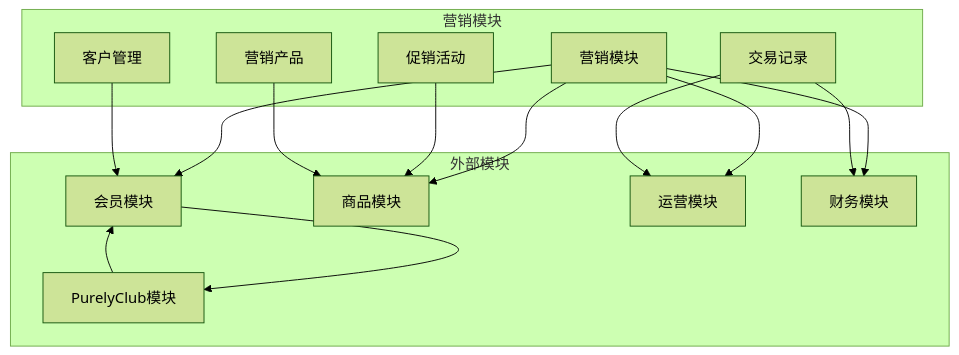
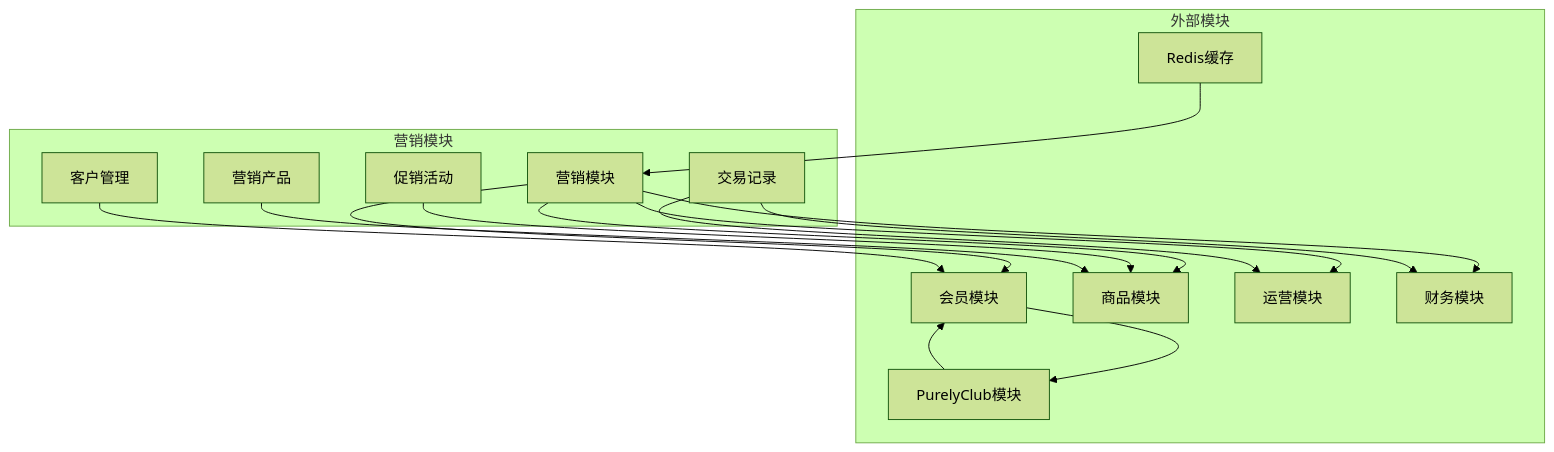
Diagram 27 of 28 in .qoder/repowiki/zh/content/业务模块/营销推广模块/营销推广模块.md (rc558620/purelyprofit-server), drawn with Mermaid (forest theme) before and after one commit. The commit also changed other lines of this file and 65 other files, not shown here.

````diff
--- a/.qoder/repowiki/zh/content/业务模块/营销推广模块/营销推广模块.md
+++ b/.qoder/repowiki/zh/content/业务模块/营销推广模块/营销推广模块.md
@@ -954,28 +1089,30 @@
 ```mermaid
 graph TB
 subgraph "营销模块"
 Marketing["营销模块"]
 Customers["客户管理"]
 Promotions["促销活动"]
 Products["营销产品"]
 Transactions["交易记录"]
 end
 subgraph "外部模块"
 Member["会员模块"]
 Goods["商品模块"]
 Operations["运营模块"]
 Finance["财务模块"]
 Club["PurelyClub模块"]
+Redis["Redis缓存"]
 end
 Marketing --> Member
 Marketing --> Goods
 Marketing --> Operations
 Marketing --> Finance
 Customers --> Member
 Promotions --> Goods
 Products --> Goods
 Transactions --> Operations
 Transactions --> Finance
 Member --> Club
 Club --> Member
+Redis --> Marketing
 ```
````
